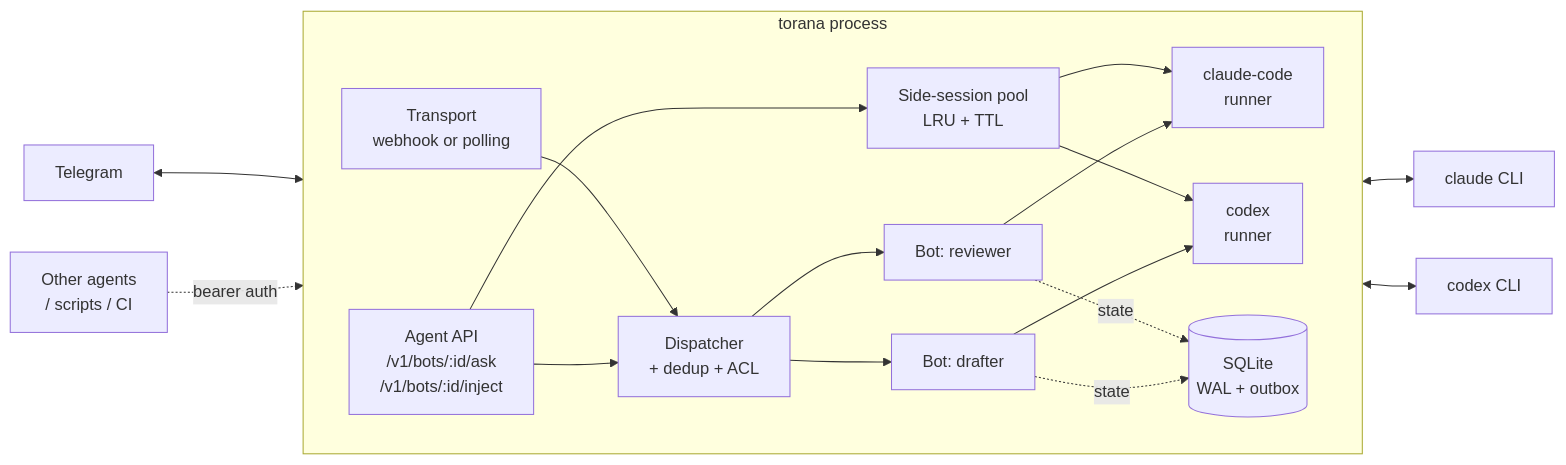
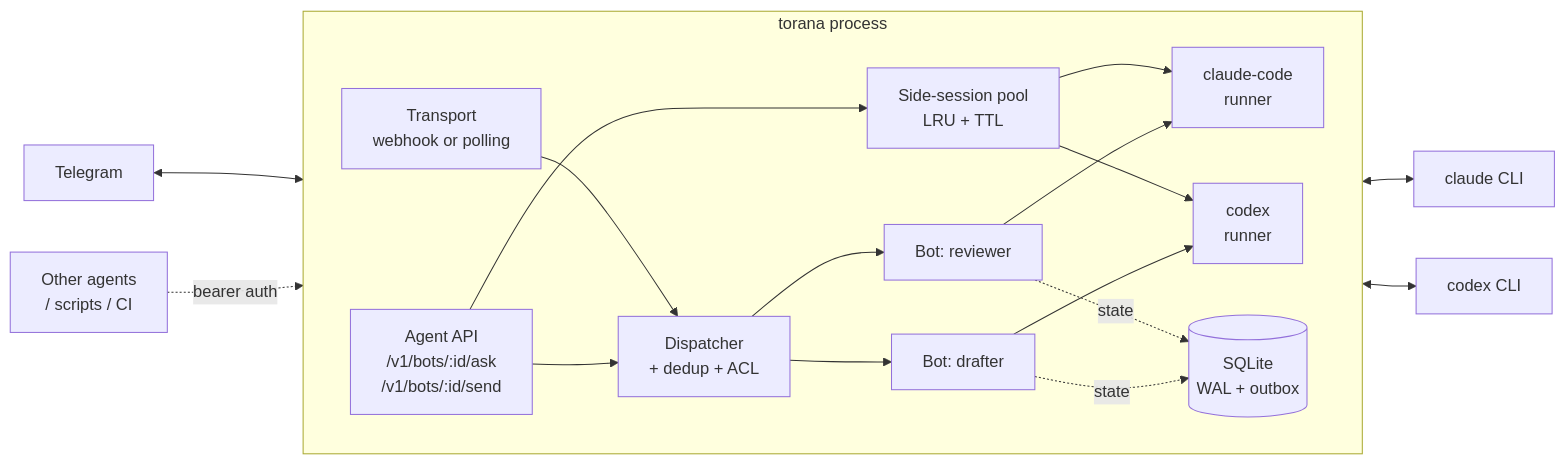
One commit to jvbutterfield/torana changed the diagram in README.md. Above: the diagram before and after it, drawn with Mermaid. The commit also changed other lines of this file and 98 other files, not shown here.

First line of the commit message:
rc.6: rename Agent-API `inject` scope to `send` (#7)

````diff
--- a/README.md
+++ b/README.md
@@ -134,30 +134,30 @@
 ```mermaid
 flowchart LR
     TG[Telegram]
     AG[Other agents<br/>/ scripts / CI]
     subgraph torana[torana process]
       direction LR
       T[Transport<br/>webhook or polling]
-      A[Agent API<br/>/v1/bots/:id/ask<br/>/v1/bots/:id/inject]
+      A[Agent API<br/>/v1/bots/:id/ask<br/>/v1/bots/:id/send]
       D[Dispatcher<br/>+ dedup + ACL]
       P[Side-session pool<br/>LRU + TTL]
       B1[Bot: reviewer]
       B2[Bot: drafter]
       R1[claude-code<br/>runner]
       R2[codex<br/>runner]
       DB[(SQLite<br/>WAL + outbox)]
       T --> D
       A --> D
       A --> P
       P --> R1
       P --> R2
       D --> B1 --> R1
       D --> B2 --> R2
       B1 -.state.-> DB
       B2 -.state.-> DB
     end
     TG <--> T
     AG -. bearer auth .-> A
     R1 <--> CC[claude CLI]
     R2 <--> CX[codex CLI]
 ```
````
